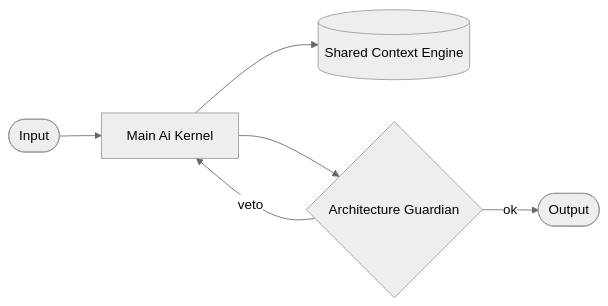
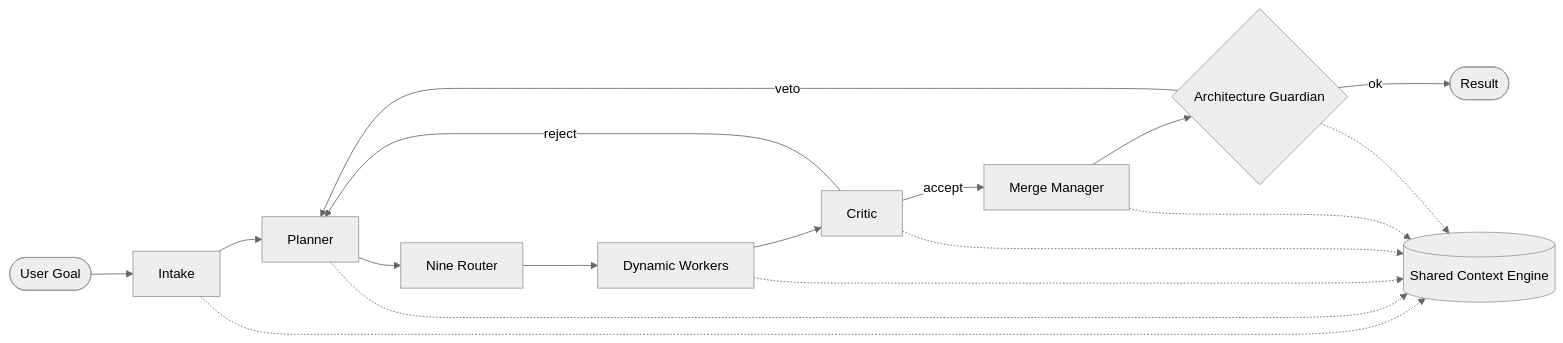
The diagram in docs/MAIN_AI_KERNEL.md (User-me-ex/ai-dev-docs-hub), drawn with Mermaid (neutral theme) before and after one commit. The commit also changed other lines of this file and 5 other files, not shown here.

````diff
--- a/docs/MAIN_AI_KERNEL.md
+++ b/docs/MAIN_AI_KERNEL.md
@@ -32,8 +28,19 @@
 ```mermaid
 flowchart LR
-  IN([Input]) --> SUB[Main Ai Kernel]
-  SUB --> CTX[(Shared Context Engine)]
-  SUB --> GUARD{Architecture Guardian}
-  GUARD -->|ok| OUT([Output])
-  GUARD -->|veto| SUB
+  IN([User Goal]) --> INTAKE[Intake]
+  INTAKE --> PLAN[Planner]
+  PLAN --> ROUTE[Nine Router]
+  ROUTE --> EXEC[Dynamic Workers]
+  EXEC --> CRIT[Critic]
+  CRIT -->|reject| PLAN
+  CRIT -->|accept| MERGE[Merge Manager]
+  MERGE --> GUARD{Architecture Guardian}
+  GUARD -->|veto| PLAN
+  GUARD -->|ok| DELIVER([Result])
+  INTAKE -.-> CTX[(Shared Context Engine)]
+  PLAN -.-> CTX
+  EXEC -.-> CTX
+  CRIT -.-> CTX
+  MERGE -.-> CTX
+  GUARD -.-> CTX
 ```
````
